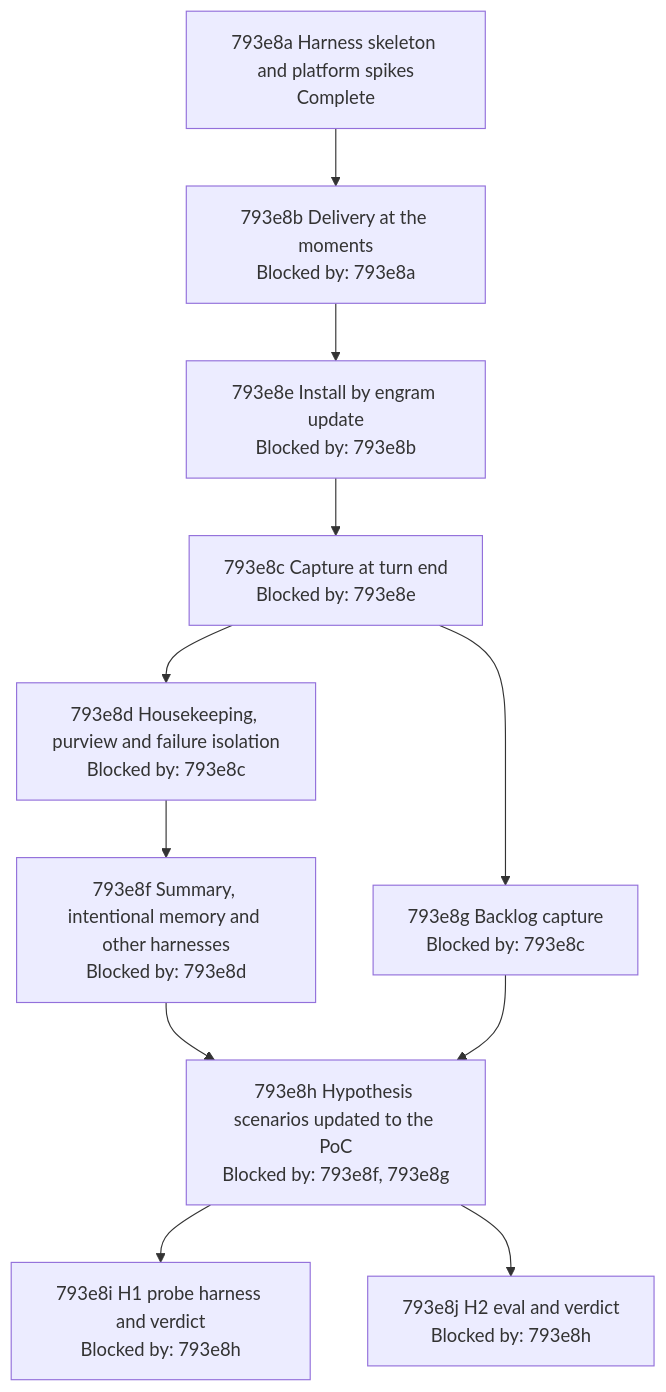
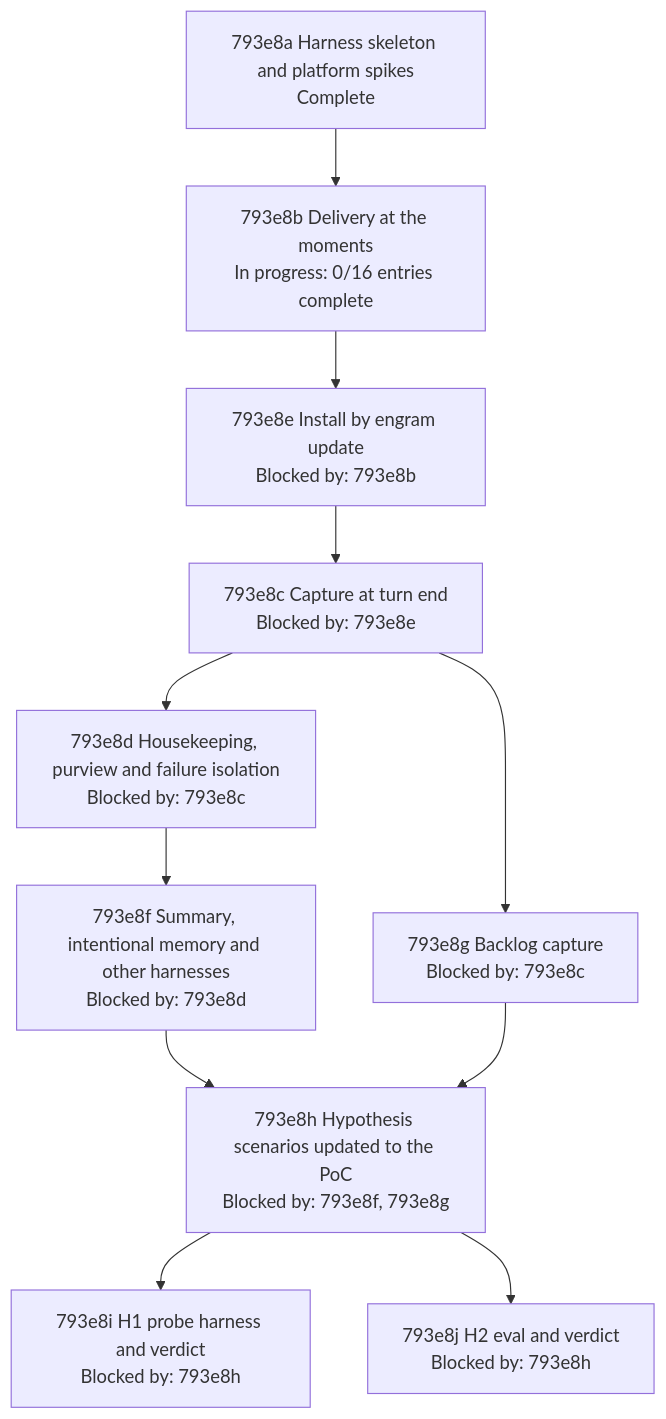
Before and after one commit to toejough/engram: the diagram in docs/changes/793_parallel-memory-agent/793e_implementation-plan.md, drawn with Mermaid.

Commit message:
docs(793e8b): node in progress
AI-Used: [claude]

````diff
--- a/docs/changes/793_parallel-memory-agent/793e_implementation-plan.md
+++ b/docs/changes/793_parallel-memory-agent/793e_implementation-plan.md
@@ -214,21 +214,21 @@
 ```mermaid
 flowchart TD
   n793e8a["793e8a Harness skeleton and platform spikes<br/>Complete"]
-  n793e8b["793e8b Delivery at the moments<br/>Blocked by: 793e8a"]
+  n793e8b["793e8b Delivery at the moments<br/>In progress: 0/16 entries complete"]
   n793e8e["793e8e Install by engram update<br/>Blocked by: 793e8b"]
   n793e8c["793e8c Capture at turn end<br/>Blocked by: 793e8e"]
   n793e8d["793e8d Housekeeping, purview and failure isolation<br/>Blocked by: 793e8c"]
   n793e8g["793e8g Backlog capture<br/>Blocked by: 793e8c"]
   n793e8f["793e8f Summary, intentional memory and other harnesses<br/>Blocked by: 793e8d"]
   n793e8h["793e8h Hypothesis scenarios updated to the PoC<br/>Blocked by: 793e8f, 793e8g"]
   n793e8i["793e8i H1 probe harness and verdict<br/>Blocked by: 793e8h"]
   n793e8j["793e8j H2 eval and verdict<br/>Blocked by: 793e8h"]
   n793e8a --> n793e8b --> n793e8e --> n793e8c
   n793e8c --> n793e8d
   n793e8c --> n793e8g
   n793e8d --> n793e8f
   n793e8f --> n793e8h
   n793e8g --> n793e8h
   n793e8h --> n793e8i
   n793e8h --> n793e8j
 ```
````
